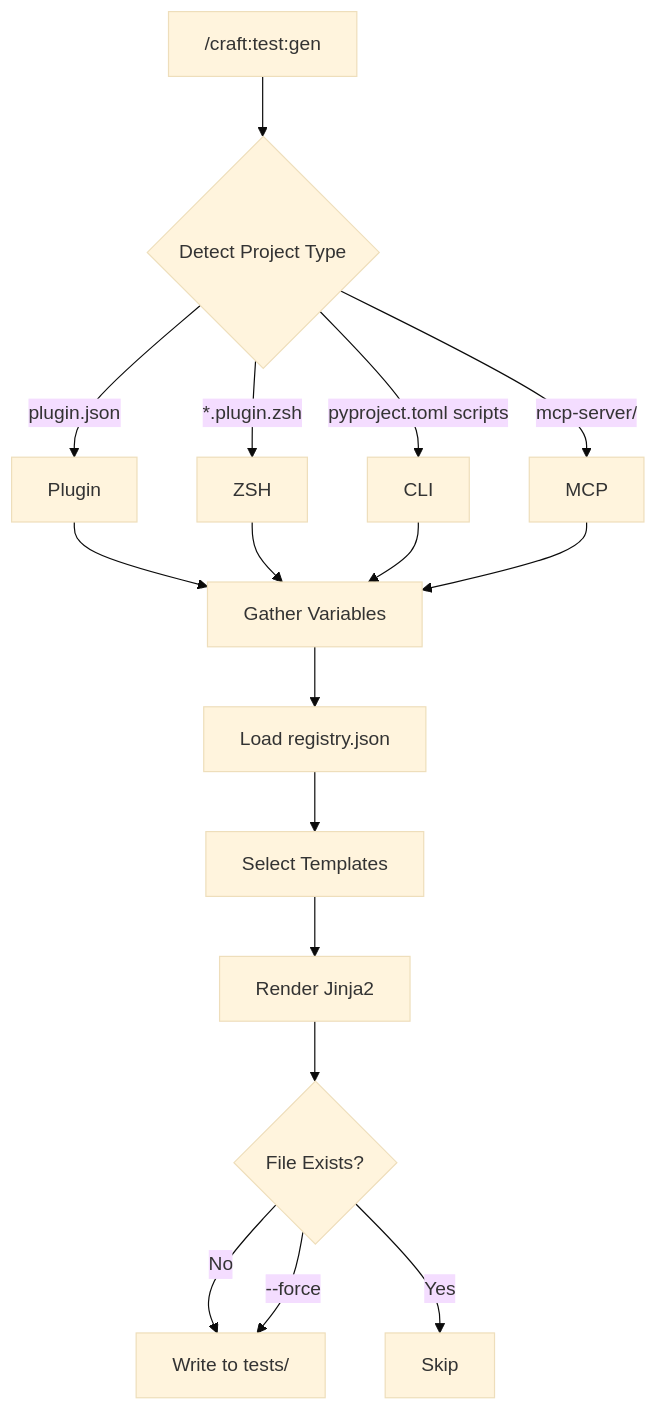
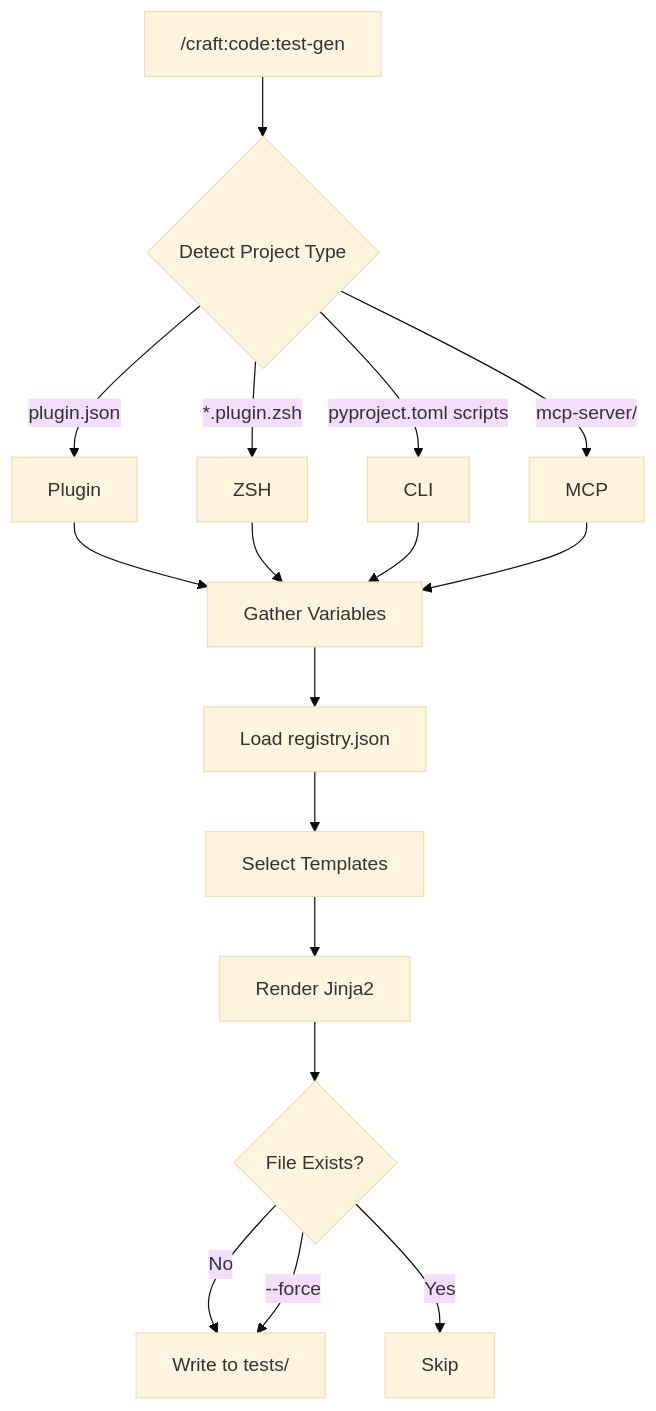
The first of 3 diagrams in docs/guide/test-architecture.md (Data-Wise/craft), drawn with Mermaid (base theme) before and after one commit. The commit also changed other lines of this file and 26 other files, not shown here.

````diff
--- a/docs/guide/test-architecture.md
+++ b/docs/guide/test-architecture.md
@@ -122,21 +127,21 @@
 ```mermaid
 flowchart TD
-    A["/craft:test:gen"] --> B{Detect Project Type}
+    A["/craft:code:test-gen"] --> B{Detect Project Type}
     B -->|plugin.json| C[Plugin]
     B -->|*.plugin.zsh| D[ZSH]
     B -->|pyproject.toml scripts| E[CLI]
     B -->|mcp-server/| F[MCP]
 
     C --> G[Gather Variables]
     D --> G
     E --> G
     F --> G
 
     G --> H[Load registry.json]
     H --> I[Select Templates]
     I --> J[Render Jinja2]
     J --> K{File Exists?}
     K -->|No| L[Write to tests/]
     K -->|Yes| M[Skip]
     K -->|--force| L
 ```
````
